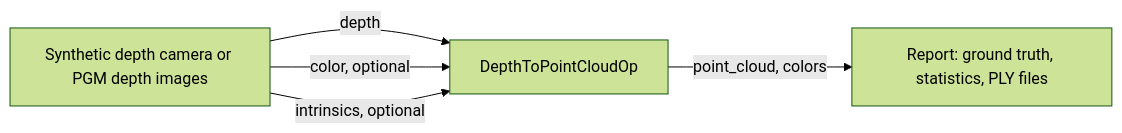
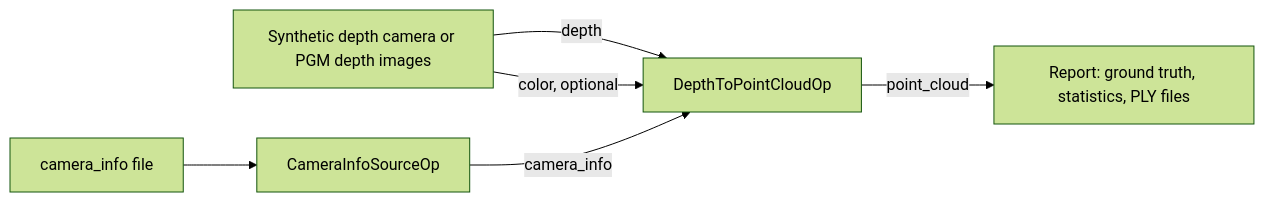
Before and after one commit to snknitheesh/holoscan-zozo-modules: the diagram in applications/depth_to_point_cloud/README.md, drawn with Mermaid (forest theme). The commit also changed other lines of this file and 43 other files, not shown here.

First line of the commit message:
holoscan-point-cloud 2.0.0: take camera info and send point clouds as messages

````diff
--- a/applications/depth_to_point_cloud/README.md
+++ b/applications/depth_to_point_cloud/README.md
@@ -9,7 +11,8 @@
 ```mermaid
 flowchart LR
+    Y[camera_info file] --> C[CameraInfoSourceOp]
     S[Synthetic depth camera or PGM depth images] -->|depth| D[DepthToPointCloudOp]
     S -->|color, optional| D
-    S -->|intrinsics, optional| D
-    D -->|point_cloud, colors| R[Report: ground truth, statistics, PLY files]
+    C -->|camera_info| D
+    D -->|point_cloud| R[Report: ground truth, statistics, PLY files]
 ```
````
